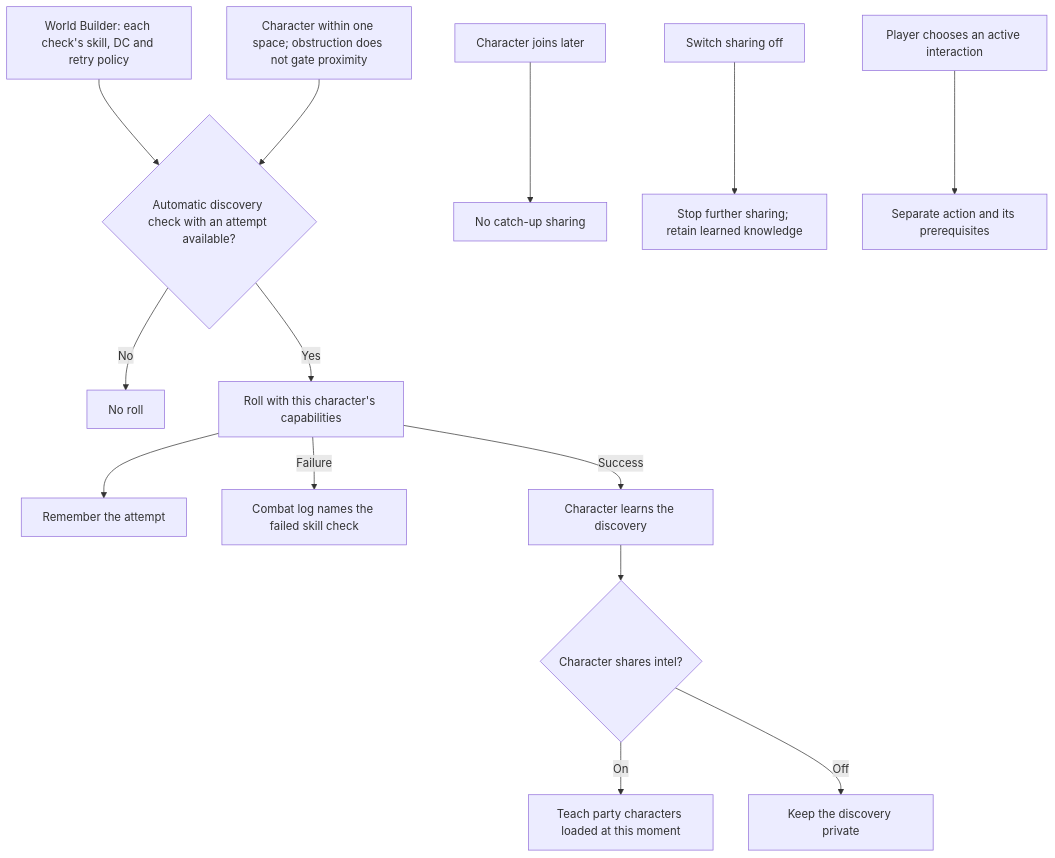
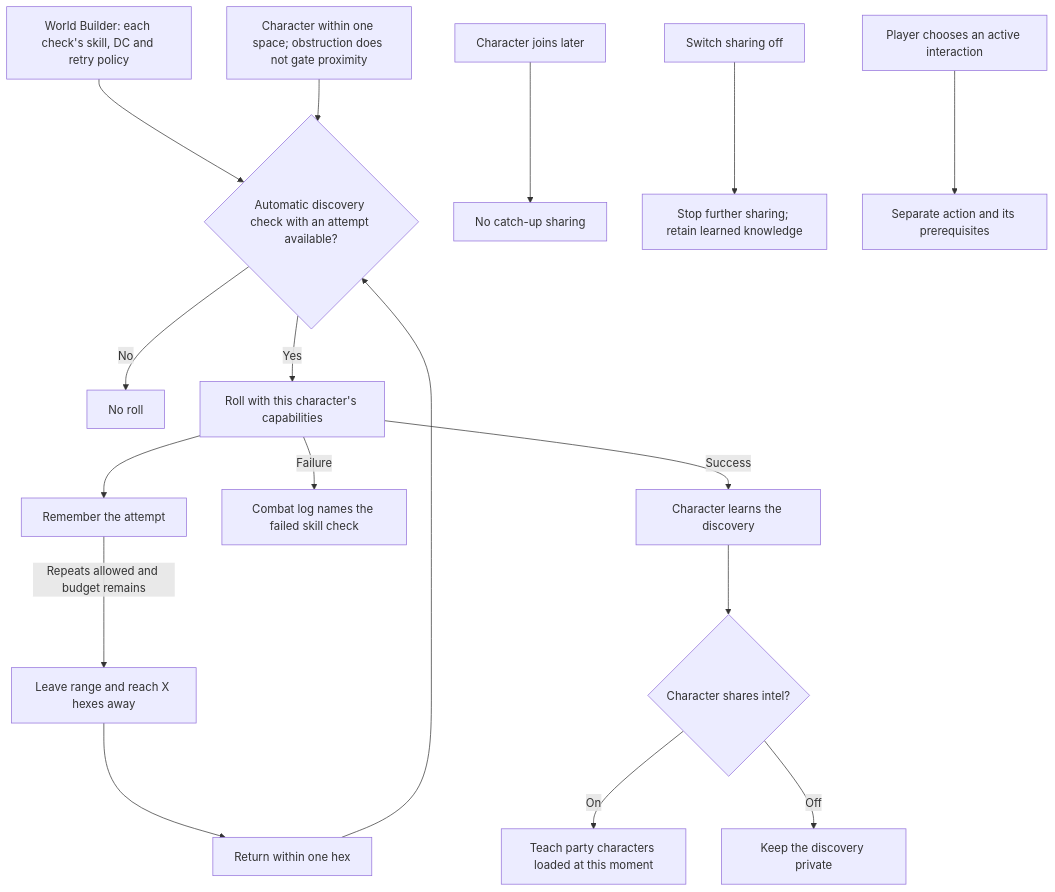
Before and after one commit to KirkDiggler/rpg-project: the diagram in ideas/proximity-intel/design.md, drawn with Mermaid. The commit also changed other lines of this file, not shown here.

First line of the commit message:
docs: rearm repeat checks by distance and return

````diff
--- a/ideas/proximity-intel/design.md
+++ b/ideas/proximity-intel/design.md
@@ -5,16 +5,19 @@
 ```mermaid
 flowchart TD
     Builder[World Builder: each check's skill, DC and retry policy] --> Eligible
     Near[Character within one space; obstruction does not gate proximity] --> Eligible{Automatic discovery check with an attempt available?}
     Eligible -->|No| NoRoll[No roll]
     Eligible -->|Yes| Check[Roll with this character's capabilities]
     Check --> Attempt[Remember the attempt]
+    Attempt -->|Repeats allowed and budget remains| Away[Leave range and reach X hexes away]
+    Away --> Return[Return within one hex]
+    Return --> Eligible
     Check -->|Failure| Log[Combat log names the failed skill check]
     Check -->|Success| Learn[Character learns the discovery]
     Learn --> Sharing{Character shares intel?}
     Sharing -->|On| Party[Teach party characters loaded at this moment]
     Sharing -->|Off| Private[Keep the discovery private]
     Later[Character joins later] --> NoCatchup[No catch-up sharing]
     Off[Switch sharing off] --> Stop[Stop further sharing; retain learned knowledge]
     Intent[Player chooses an active interaction] --> Active[Separate action and its prerequisites]
 ```
````
